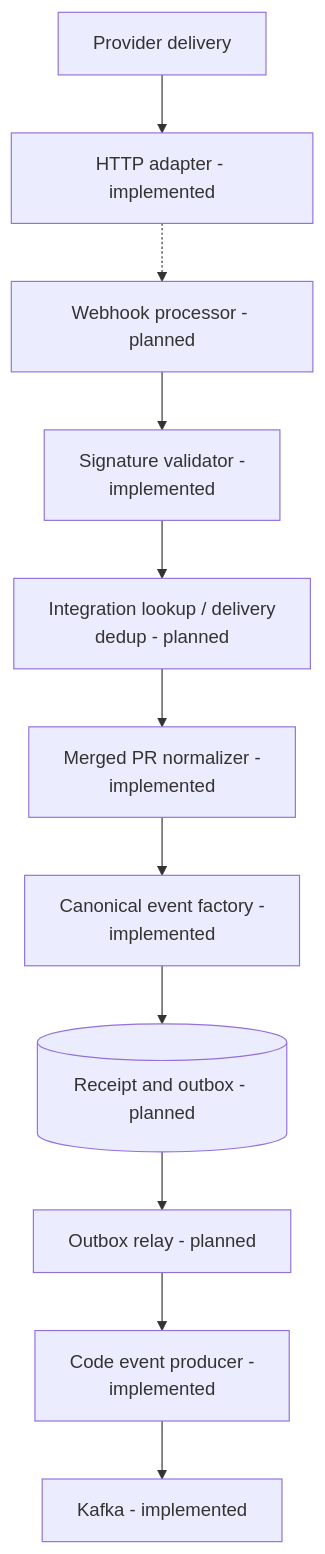
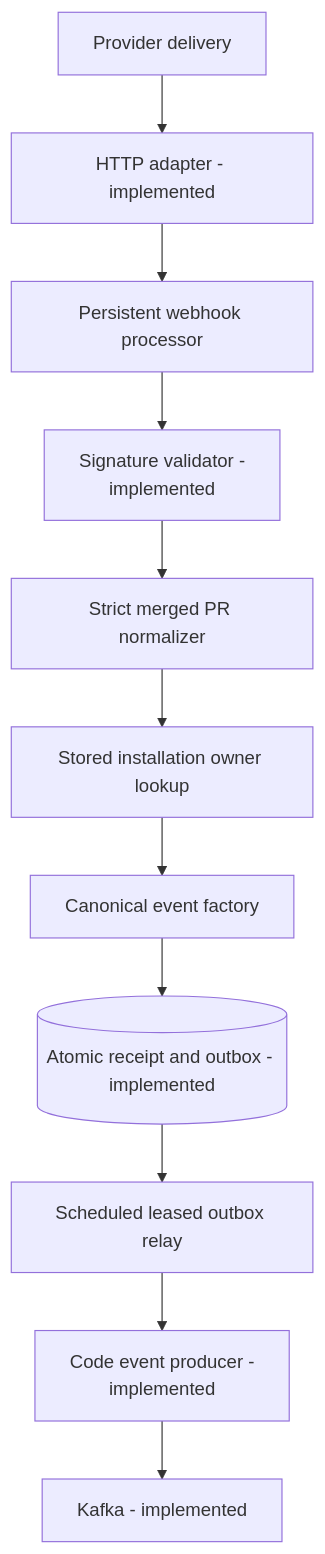
The eighth of 41 diagrams in README.md (ChangeGuardHQ/changuard-platform), drawn with Mermaid before and after one commit. The commit also changed other lines of this file and 29 other files, not shown here.

````diff
--- a/README.md
+++ b/README.md
@@ -1018,13 +1023,13 @@
 ```mermaid
 flowchart TD
     Provider["Provider delivery"] --> HTTP["HTTP adapter - implemented"]
-    HTTP -.-> Processor["Webhook processor - planned"]
+    HTTP --> Processor["Persistent webhook processor"]
     Processor --> HMAC["Signature validator -<br/>implemented"]
-    HMAC --> Context["Integration lookup / delivery<br/>dedup - planned"]
-    Context --> Normalize["Merged PR normalizer -<br/>implemented"]
-    Normalize --> Event["Canonical event factory -<br/>implemented"]
-    Event --> DB[("Receipt and outbox - planned")]
-    DB --> Relay["Outbox relay - planned"]
+    HMAC --> Normalize["Strict merged PR normalizer"]
+    Normalize --> Context["Stored installation owner lookup"]
+    Context --> Event["Canonical event factory"]
+    Event --> DB[("Atomic receipt and outbox - implemented")]
+    DB --> Relay["Scheduled leased outbox relay"]
     Relay --> Producer["Code event producer -<br/>implemented"]
     Producer --> Kafka["Kafka - implemented"]
 ```
````
